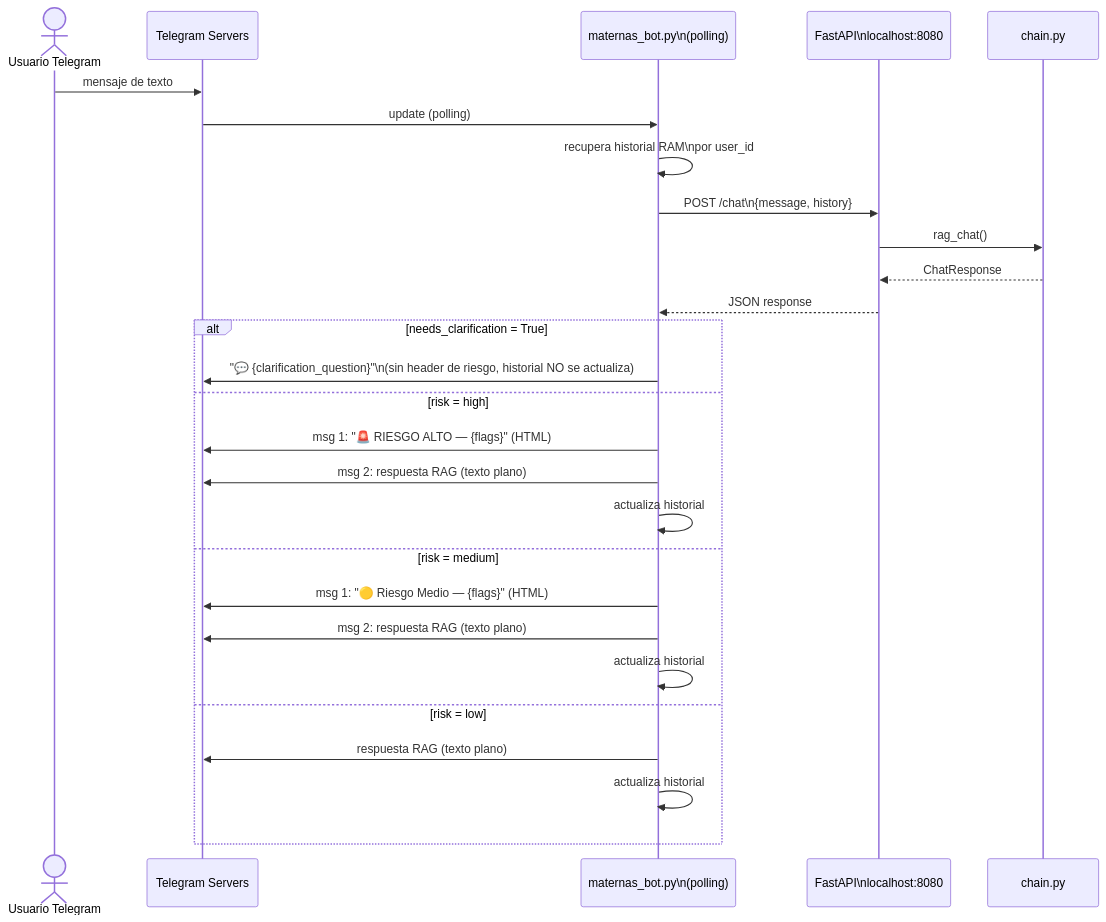
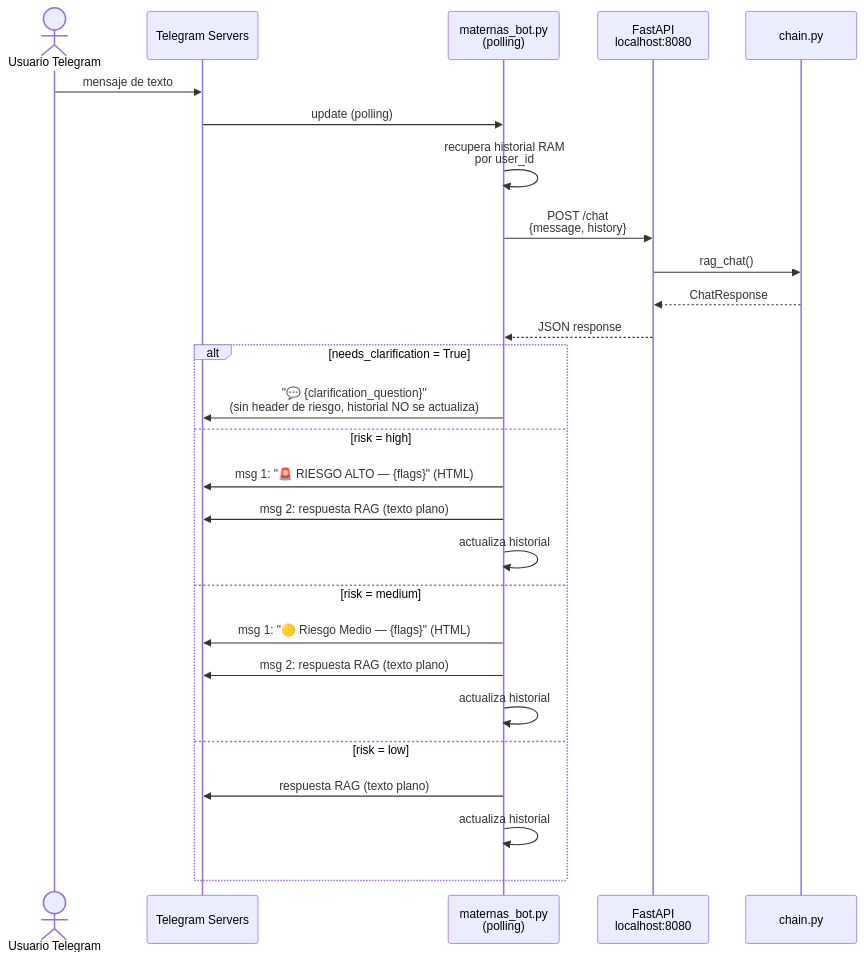
Before and after one commit to elrios893/maternas-rag: the second of 9 diagrams in docs/DOCUMENTACION.md, drawn with Mermaid. The commit also changed other lines of this file and 1 other file, not shown here.

First line of the commit message:
fix(docs): saltos de linea en los diagramas de secuencia mermaid

````diff
--- a/docs/DOCUMENTACION.md
+++ b/docs/DOCUMENTACION.md
@@ -264,31 +264,31 @@
 ```mermaid
 sequenceDiagram
     actor U as Usuario Telegram
     participant TG as Telegram Servers
-    participant BOT as maternas_bot.py\n(polling)
-    participant API as FastAPI\nlocalhost:8080
+    participant BOT as maternas_bot.py<br/>(polling)
+    participant API as FastAPI<br/>localhost:8080
     participant CHAIN as chain.py
 
     U->>TG: mensaje de texto
     TG->>BOT: update (polling)
-    BOT->>BOT: recupera historial RAM\npor user_id
-    BOT->>API: POST /chat\n{message, history}
+    BOT->>BOT: recupera historial RAM<br/>por user_id
+    BOT->>API: POST /chat<br/>{message, history}
     API->>CHAIN: rag_chat()
     CHAIN-->>API: ChatResponse
     API-->>BOT: JSON response
 
     alt needs_clarification = True
-        BOT->>TG: "💬 {clarification_question}"\n(sin header de riesgo, historial NO se actualiza)
+        BOT->>TG: "💬 {clarification_question}"<br/>(sin header de riesgo, historial NO se actualiza)
     else risk = high
         BOT->>TG: msg 1: "🚨 RIESGO ALTO — {flags}" (HTML)
         BOT->>TG: msg 2: respuesta RAG (texto plano)
         BOT->>BOT: actualiza historial
     else risk = medium
         BOT->>TG: msg 1: "🟡 Riesgo Medio — {flags}" (HTML)
         BOT->>TG: msg 2: respuesta RAG (texto plano)
         BOT->>BOT: actualiza historial
     else risk = low
         BOT->>TG: respuesta RAG (texto plano)
         BOT->>BOT: actualiza historial
     end
 ```
````
